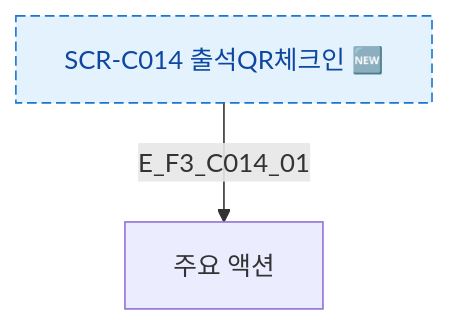
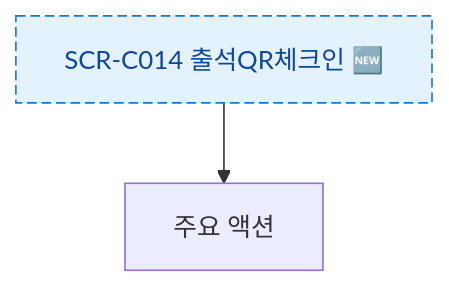
The diagram in docs/다이어그램/D04_수업관리/SCR-C014_출석QR체크인/F3_버튼액션.md (dev-spogym/admin-pando), drawn with Mermaid before and after one commit. The commit also changed other lines of this file and 1660 other files, not shown here.

First line of the commit message:
다이어그램: 기획자/클라이언트 납품본으로 정리

````diff
--- a/docs/다이어그램/D04_수업관리/SCR-C014_출석QR체크인/F3_버튼액션.md
+++ b/docs/다이어그램/D04_수업관리/SCR-C014_출석QR체크인/F3_버튼액션.md
@@ -20,9 +18,9 @@
 ```mermaid
 flowchart TD
   SCR_NODE[SCR-C014 출석QR체크인 🆕]
-  SCR_NODE -->|E_F3_C014_01| PrimaryAction[주요 액션]
+  SCR_NODE --> PrimaryAction[주요 액션]
   classDef screen fill:#E3F2FD,stroke:#1976D2,color:#0D47A1
   classDef newFeature fill:#F3E5F5,stroke:#7B1FA2,color:#4A148C,stroke-dasharray:6 3
   class SCR_NODE newFeature
   class SCR_NODE screen
 ```
````
